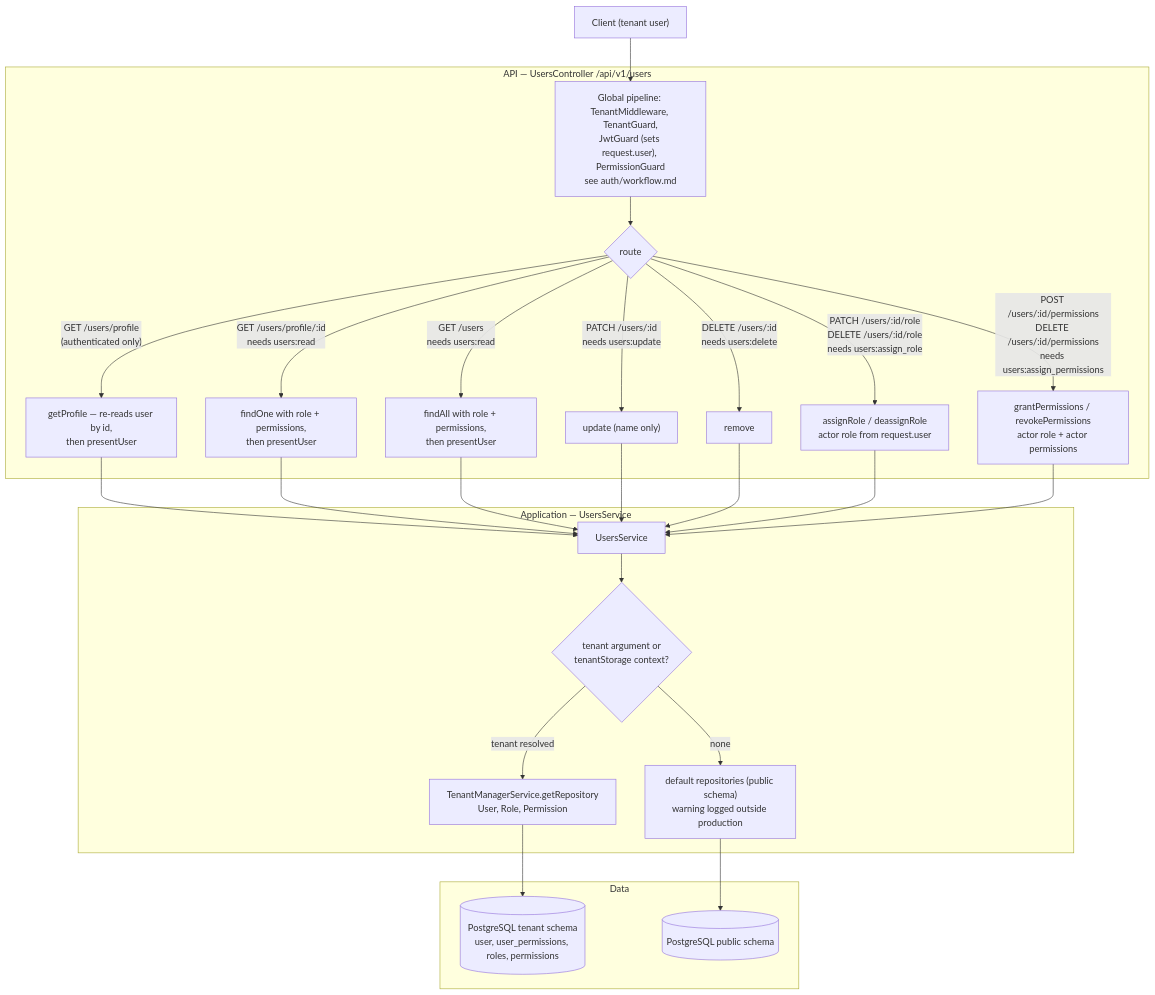
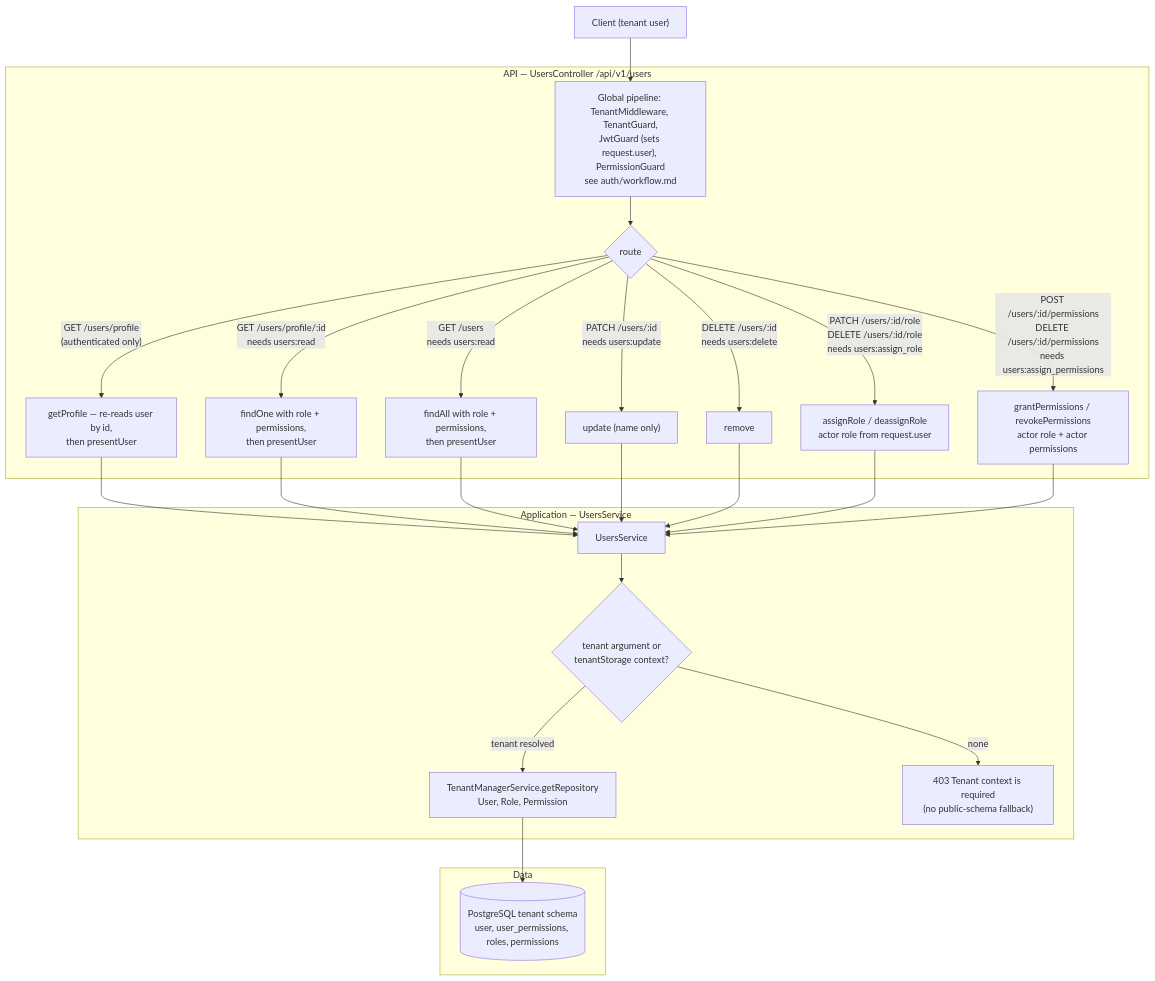
One commit to DevBassel/saas_commerce changed the first of 5 diagrams in apps/api/src/modules/users/workflow.md. Above: the diagram before and after it, drawn with Mermaid. The commit also changed other lines of this file and 100 other files, not shown here.

````diff
--- a/apps/api/src/modules/users/workflow.md
+++ b/apps/api/src/modules/users/workflow.md
@@ -1,34 +1,33 @@
 ```mermaid
 flowchart TD
     Client["Client (tenant user)"] --> GUARDS["Global pipeline: TenantMiddleware, TenantGuard,<br/>JwtGuard (sets request.user), PermissionGuard<br/>see auth/workflow.md"]
 
     subgraph API["API — UsersController /api/v1/users"]
         GUARDS --> RO{"route"}
         RO -->|"GET /users/profile<br/>(authenticated only)"| PR["getProfile — re-reads user by id,<br/>then presentUser"]
         RO -->|"GET /users/profile/:id<br/>needs users:read"| FO["findOne with role + permissions,<br/>then presentUser"]
         RO -->|"GET /users<br/>needs users:read"| FA["findAll with role + permissions,<br/>then presentUser"]
         RO -->|"PATCH /users/:id<br/>needs users:update"| UP["update (name only)"]
         RO -->|"DELETE /users/:id<br/>needs users:delete"| RM["remove"]
         RO -->|"PATCH /users/:id/role<br/>DELETE /users/:id/role<br/>needs users:assign_role"| AR["assignRole / deassignRole<br/>actor role from request.user"]
         RO -->|"POST /users/:id/permissions<br/>DELETE /users/:id/permissions<br/>needs users:assign_permissions"| GP["grantPermissions / revokePermissions<br/>actor role + actor permissions"]
     end
 
     PR --> SVC["UsersService"]
     FO --> SVC
     FA --> SVC
     UP --> SVC
     RM --> SVC
     AR --> SVC
     GP --> SVC
 
     subgraph APP["Application — UsersService"]
         SVC --> TRT{"tenant argument or<br/>tenantStorage context?"}
         TRT -->|"tenant resolved"| TM["TenantManagerService.getRepository<br/>User, Role, Permission"]
-        TRT -->|"none"| DEF["default repositories (public schema)<br/>warning logged outside production"]
+        TRT -->|"none"| DEF["403 Tenant context is required<br/>(no public-schema fallback)"]
     end
 
     subgraph DATA["Data"]
         TM --> TDB[("PostgreSQL tenant schema<br/>user, user_permissions, roles, permissions")]
-        DEF --> PDB[("PostgreSQL public schema")]
     end
 ```
````
